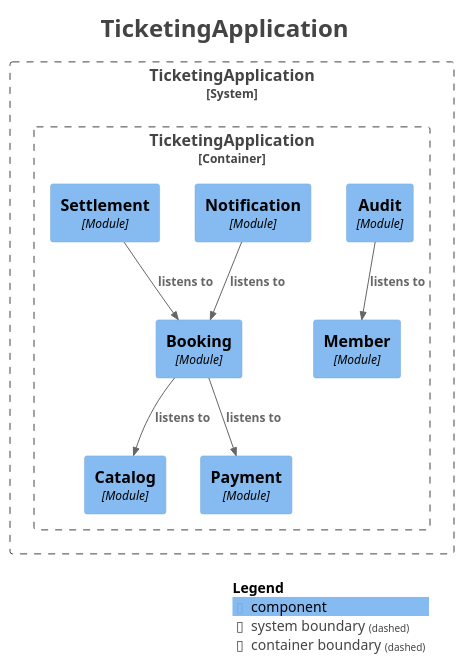
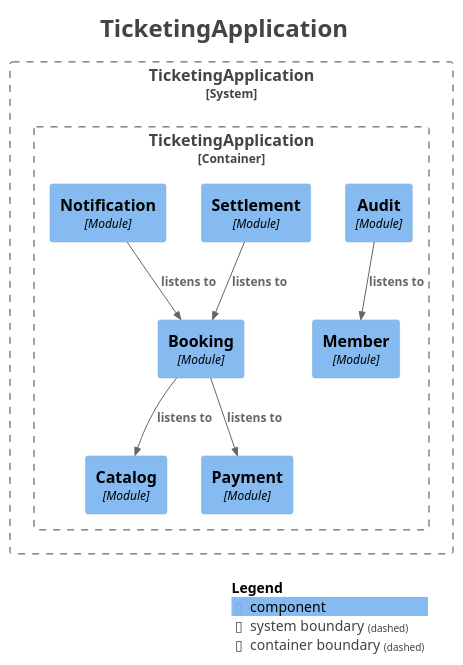
The diagram in docs/modulith/components.puml (jkonury/ticketing), drawn with PlantUML before and after one commit. The commit also changed other lines of this file and 24 other files, not shown here.

```diff
--- a/docs/modulith/components.puml
+++ b/docs/modulith/components.puml
@@ -1,39 +1,39 @@
 @startuml
 title <size:24>TicketingApplication</size>
 
 set separator none
 top to bottom direction
 
 <style>
   root {
     BackgroundColor: #ffffff
     FontColor: #444444
   }
 </style>
 
 !include <C4/C4>
 !include <C4/C4_Context>
 !include <C4/C4_Component>
 
 System_Boundary("TicketingApplication_boundary", "TicketingApplication", $tags="") {
   Container_Boundary("TicketingApplication.TicketingApplication_boundary", "TicketingApplication", $tags="") {
+    Component(TicketingApplication.TicketingApplication.Settlement, "Settlement", $techn="Module", $descr="", $tags="", $link="")
     Component(TicketingApplication.TicketingApplication.Catalog, "Catalog", $techn="Module", $descr="", $tags="", $link="")
     Component(TicketingApplication.TicketingApplication.Member, "Member", $techn="Module", $descr="", $tags="", $link="")
     Component(TicketingApplication.TicketingApplication.Payment, "Payment", $techn="Module", $descr="", $tags="", $link="")
     Component(TicketingApplication.TicketingApplication.Audit, "Audit", $techn="Module", $descr="", $tags="", $link="")
     Component(TicketingApplication.TicketingApplication.Booking, "Booking", $techn="Module", $descr="", $tags="", $link="")
     Component(TicketingApplication.TicketingApplication.Notification, "Notification", $techn="Module", $descr="", $tags="", $link="")
-    Component(TicketingApplication.TicketingApplication.Settlement, "Settlement", $techn="Module", $descr="", $tags="", $link="")
   }
 
 }
 
-Rel(TicketingApplication.TicketingApplication.Notification, TicketingApplication.TicketingApplication.Booking, "listens to", $techn="", $tags="", $link="")
-Rel(TicketingApplication.TicketingApplication.Audit, TicketingApplication.TicketingApplication.Member, "listens to", $techn="", $tags="", $link="")
-Rel(TicketingApplication.TicketingApplication.Settlement, TicketingApplication.TicketingApplication.Booking, "listens to", $techn="", $tags="", $link="")
 Rel(TicketingApplication.TicketingApplication.Booking, TicketingApplication.TicketingApplication.Payment, "listens to", $techn="", $tags="", $link="")
 Rel(TicketingApplication.TicketingApplication.Booking, TicketingApplication.TicketingApplication.Catalog, "listens to", $techn="", $tags="", $link="")
+Rel(TicketingApplication.TicketingApplication.Audit, TicketingApplication.TicketingApplication.Member, "listens to", $techn="", $tags="", $link="")
+Rel(TicketingApplication.TicketingApplication.Notification, TicketingApplication.TicketingApplication.Booking, "listens to", $techn="", $tags="", $link="")
+Rel(TicketingApplication.TicketingApplication.Settlement, TicketingApplication.TicketingApplication.Booking, "listens to", $techn="", $tags="", $link="")
 
 SHOW_LEGEND(true)
 hide stereotypes
 @enduml
```
